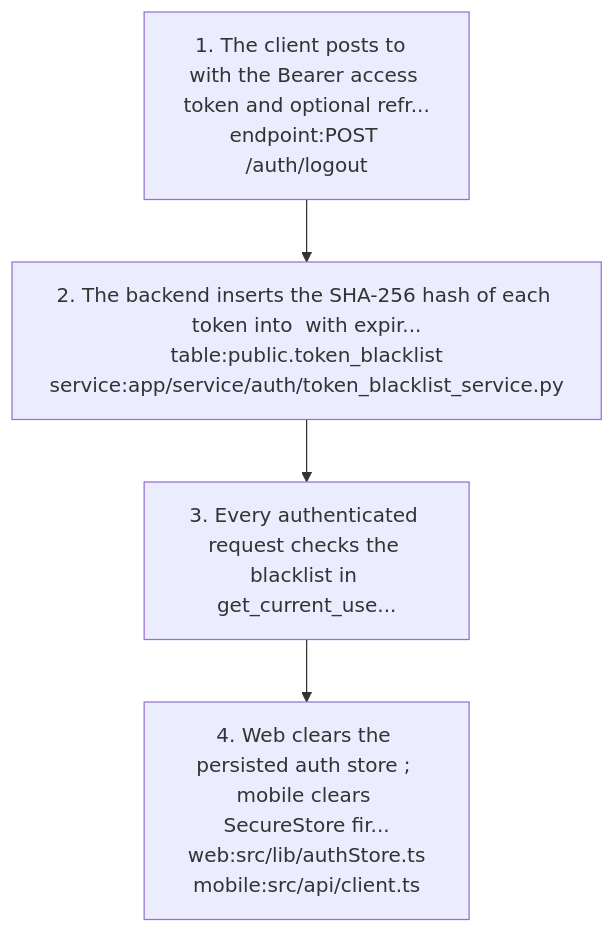
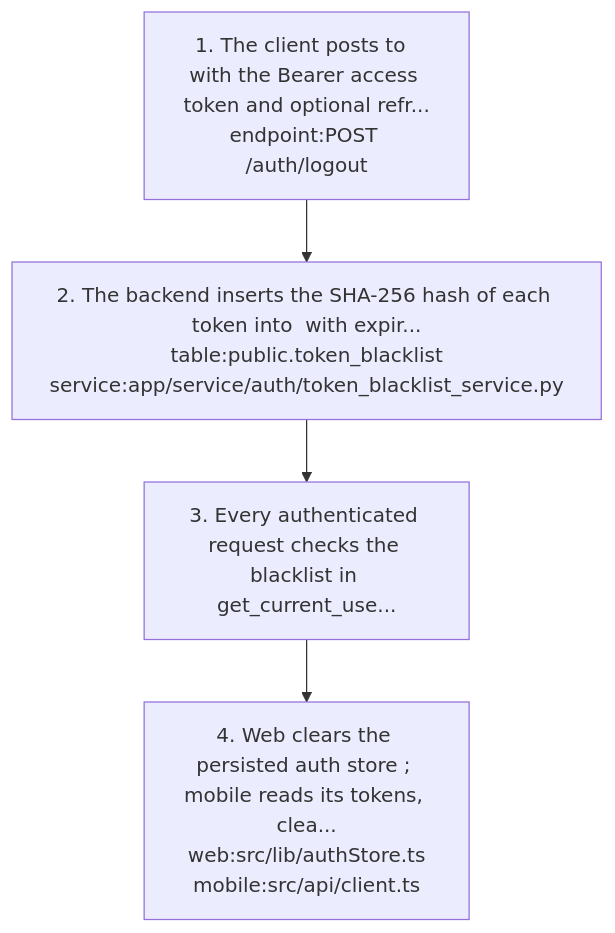
The fourth of 7 diagrams in docs/graph/views/auth.md (nerellasraj21/cos360_full_app), drawn with Mermaid before and after one commit. The commit also changed other lines of this file and 10 other files, not shown here.

First line of the commit message:
Close auth gaps: refresh re-checks the user, logout revokes both tokens

````diff
--- a/docs/graph/views/auth.md
+++ b/docs/graph/views/auth.md
@@ -232,10 +233,10 @@
 ```mermaid
 flowchart TD
   s1["1. The client posts to  with the Bearer access token and optional refr...<br/>endpoint:POST /auth/logout"]
   s2["2. The backend inserts the SHA-256 hash of each token into  with expir...<br/>table:public.token_blacklist<br/>service:app/service/auth/token_blacklist_service.py"]
   s1 --> s2
   s3["3. Every authenticated request checks the blacklist in get_current_use..."]
   s2 --> s3
-  s4["4. Web clears the persisted auth store ; mobile clears SecureStore fir...<br/>web:src/lib/authStore.ts<br/>mobile:src/api/client.ts"]
+  s4["4. Web clears the persisted auth store ; mobile reads its tokens, clea...<br/>web:src/lib/authStore.ts<br/>mobile:src/api/client.ts"]
   s3 --> s4
 ```
````
